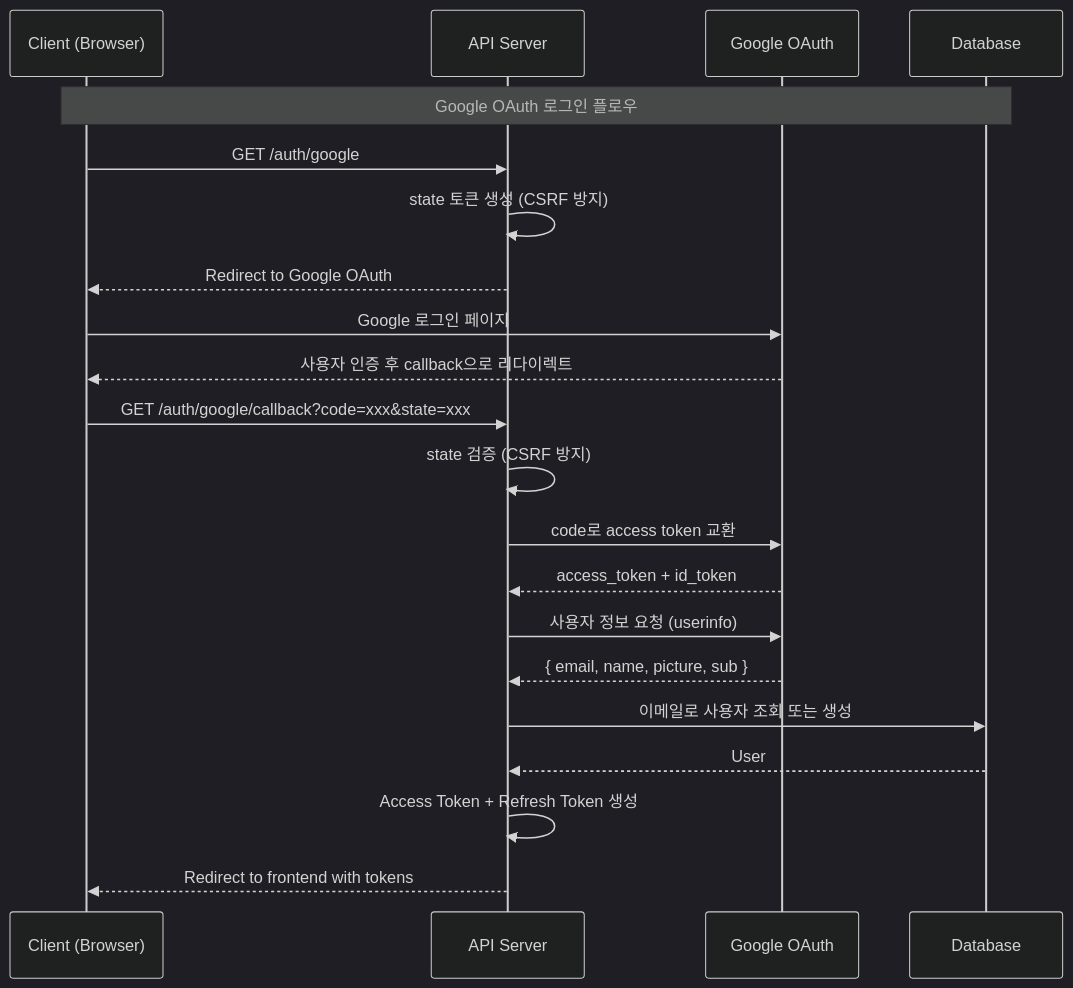
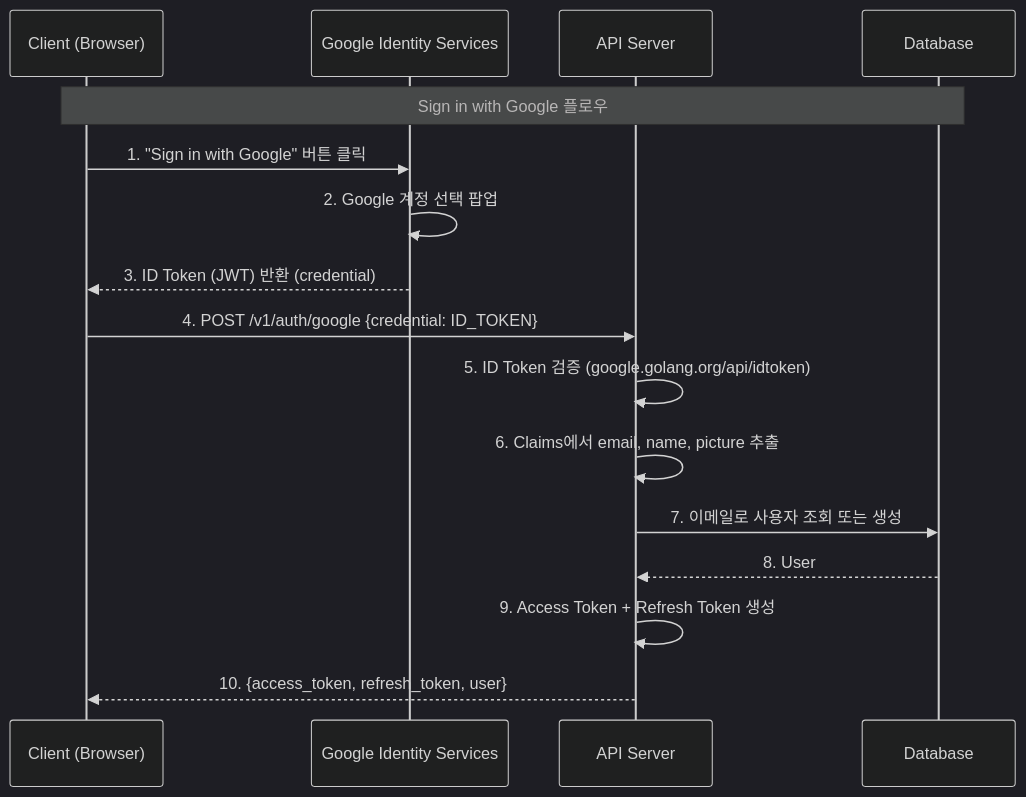
One commit to coldzero94/mindhit changed the diagram in docs/development/phases/phase-2.1-oauth.md. Above: the diagram before and after it, drawn with Mermaid (dark theme). The commit also changed other lines of this file and 35 other files, not shown here.

````diff
--- a/docs/development/phases/phase-2.1-oauth.md
+++ b/docs/development/phases/phase-2.1-oauth.md
@@ -53,29 +35,23 @@
 ```mermaid
 sequenceDiagram
     participant C as Client (Browser)
+    participant G as Google Identity Services
     participant A as API Server
-    participant G as Google OAuth
     participant DB as Database
 
-    Note over C,DB: Google OAuth 로그인 플로우
-    C->>A: GET /auth/google
-    A->>A: state 토큰 생성 (CSRF 방지)
-    A-->>C: Redirect to Google OAuth
+    Note over C,DB: Sign in with Google 플로우
 
-    C->>G: Google 로그인 페이지
-    G-->>C: 사용자 인증 후 callback으로 리다이렉트
+    C->>G: 1. "Sign in with Google" 버튼 클릭
+    G->>G: 2. Google 계정 선택 팝업
+    G-->>C: 3. ID Token (JWT) 반환 (credential)
 
-    C->>A: GET /auth/google/callback?code=xxx&state=xxx
-    A->>A: state 검증 (CSRF 방지)
-    A->>G: code로 access token 교환
-    G-->>A: access_token + id_token
+    C->>A: 4. POST /v1/auth/google {credential: ID_TOKEN}
+    A->>A: 5. ID Token 검증 (google.golang.org/api/idtoken)
+    A->>A: 6. Claims에서 email, name, picture 추출
 
-    A->>G: 사용자 정보 요청 (userinfo)
-    G-->>A: { email, name, picture, sub }
+    A->>DB: 7. 이메일로 사용자 조회 또는 생성
+    DB-->>A: 8. User
 
-    A->>DB: 이메일로 사용자 조회 또는 생성
-    DB-->>A: User
-
-    A->>A: Access Token + Refresh Token 생성
-    A-->>C: Redirect to frontend with tokens
+    A->>A: 9. Access Token + Refresh Token 생성
+    A-->>C: 10. {access_token, refresh_token, user}
 ```
````
